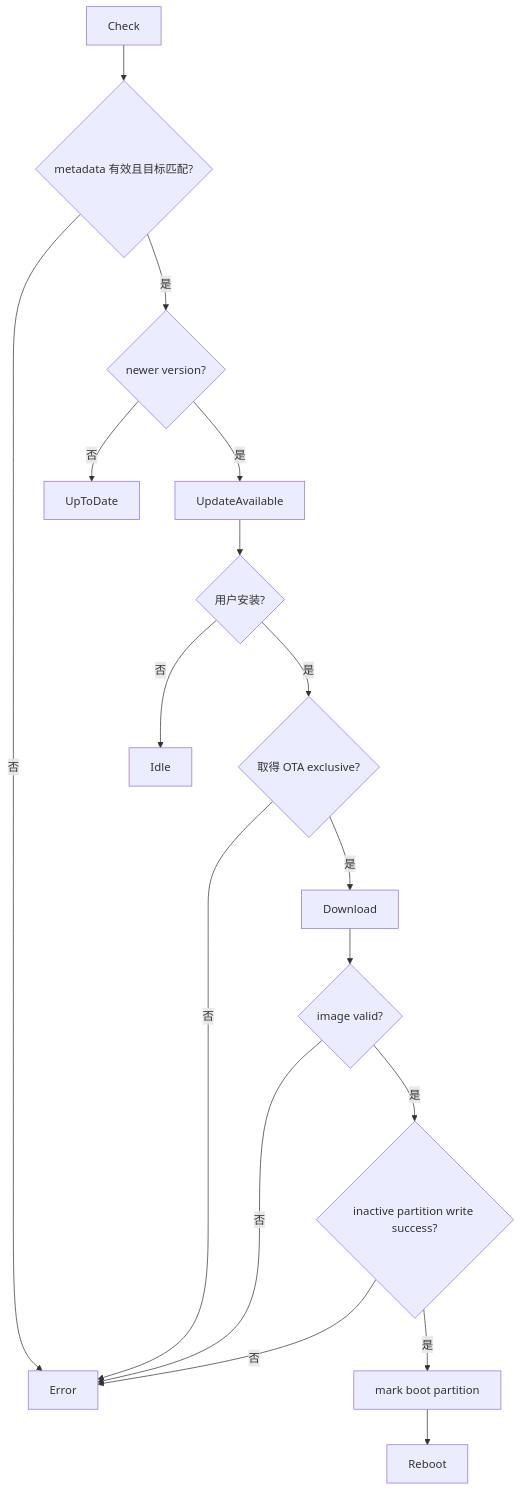
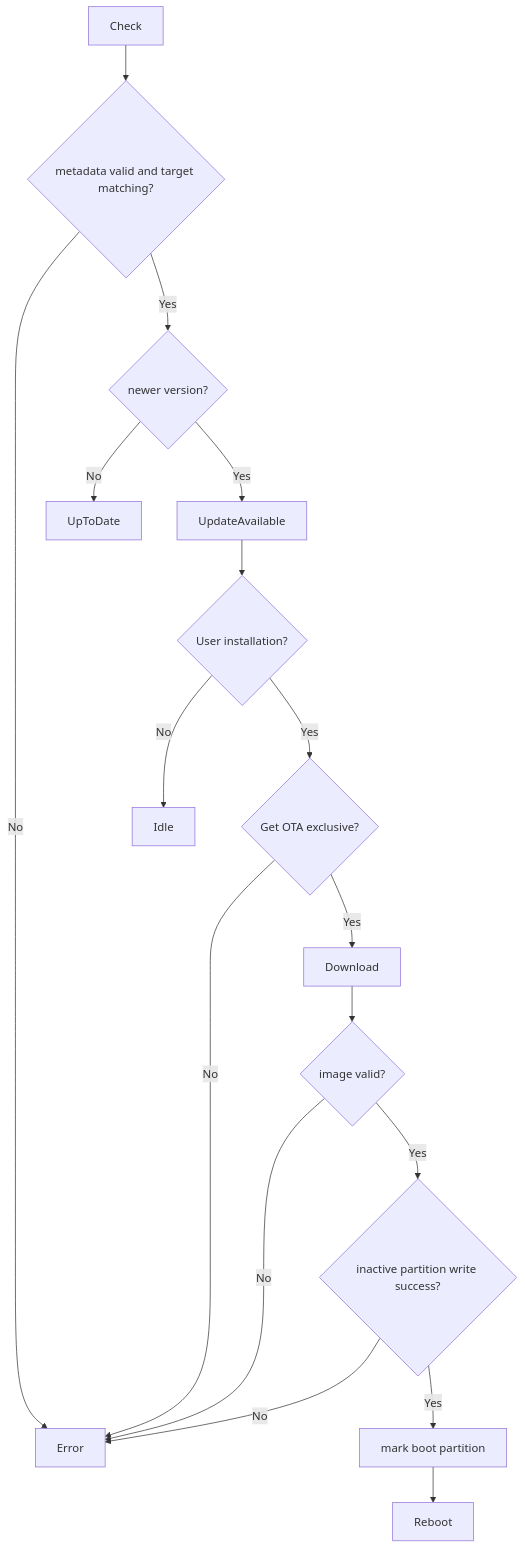
Before and after one commit to manmuqingshan/trail-mate: the diagram in docs/design/use-case-diagrams/update-device-firmware/activity.md, drawn with Mermaid. The commit also changed other lines of this file and 527 other files, not shown here.

````diff
--- a/docs/design/use-case-diagrams/update-device-firmware/activity.md
+++ b/docs/design/use-case-diagrams/update-device-firmware/activity.md
@@ -2,19 +2,19 @@
 ```mermaid
 flowchart TD
-  Check --> Meta{"metadata 有效且目标匹配?"}
-  Meta -- 否 --> Error
-  Meta -- 是 --> Version{"newer version?"}
-  Version -- 否 --> Current["UpToDate"]
-  Version -- 是 --> Offer["UpdateAvailable"]
-  Offer --> Confirm{"用户安装?"}
-  Confirm -- 否 --> Idle
-  Confirm -- 是 --> Exclusive{"取得 OTA exclusive?"}
-  Exclusive -- 否 --> Error
-  Exclusive -- 是 --> Download
+ Check --> Meta{"metadata valid and target matching?"}
+ Meta -- No --> Error
+ Meta -- Yes --> Version{"newer version?"}
+ Version -- No --> Current["UpToDate"]
+ Version -- Yes --> Offer["UpdateAvailable"]
+ Offer --> Confirm{"User installation?"}
+ Confirm -- No --> Idle
+ Confirm -- Yes --> Exclusive{"Get OTA exclusive?"}
+ Exclusive -- No --> Error
+ Exclusive -- Yes --> Download
   Download --> Verify{"image valid?"}
-  Verify -- 否 --> Error
-  Verify -- 是 --> Write{"inactive partition write success?"}
-  Write -- 否 --> Error
-  Write -- 是 --> Boot["mark boot partition"]
+ Verify -- No -->Error
+ Verify -- Yes --> Write{"inactive partition write success?"}
+ Write -- No --> Error
+ Write -- Yes --> Boot["mark boot partition"]
   Boot --> Reboot
 ```
````
